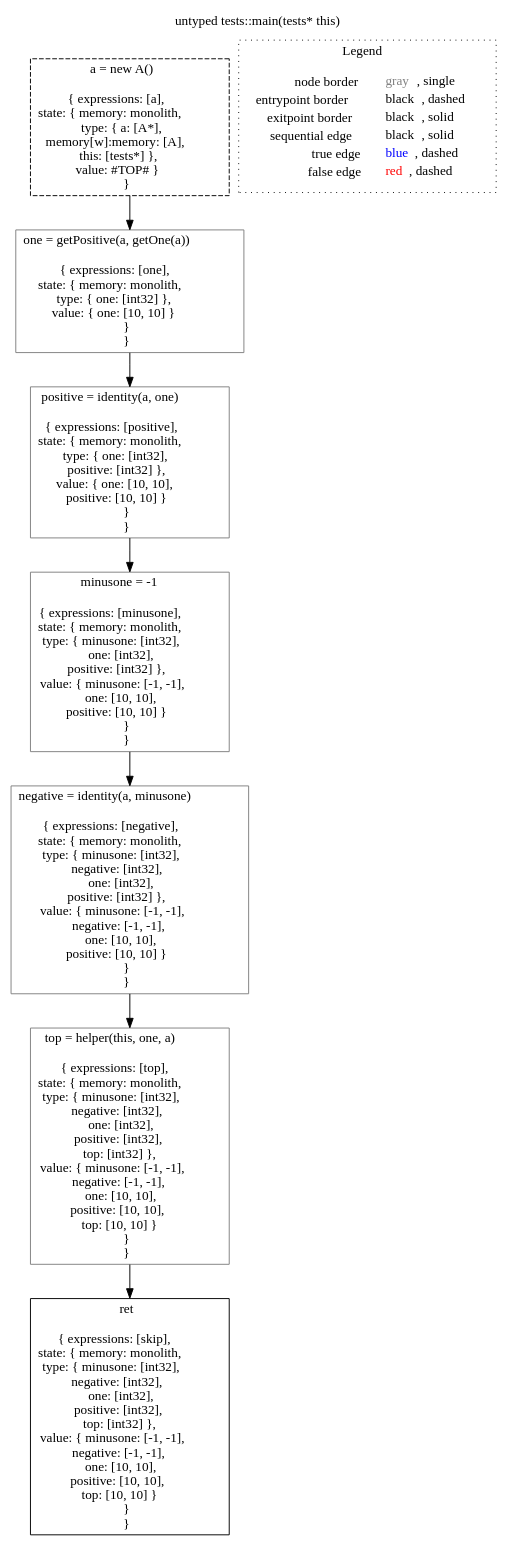
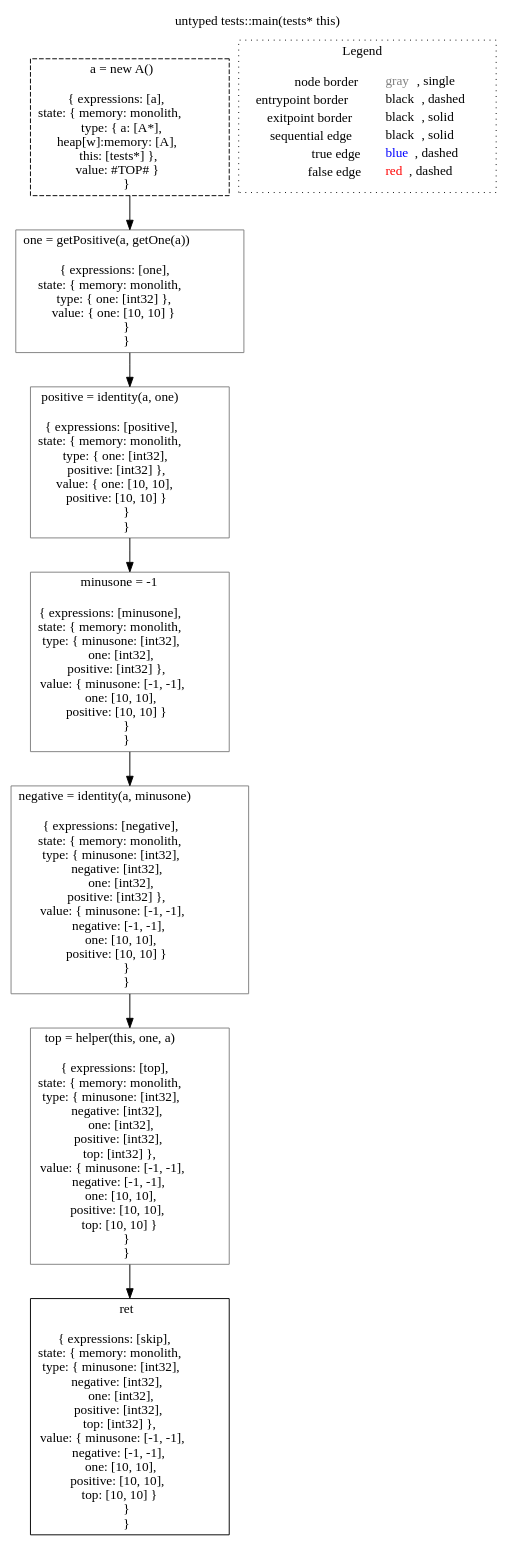
One commit to lisa-analyzer/lisa changed the diagram in lisa/lisa-analyses/imp-testcases/visualization/dot/untyped_tests.main(tests__this).dot. Above: the diagram before and after it, drawn with Graphviz. The commit also changed 179 other files, not shown here.

First line of the commit message:
Update MemoryLocation toString adding isHeap #127

```diff
--- a/lisa/lisa-analyses/imp-testcases/visualization/dot/untyped_tests.main(tests__this).dot
+++ b/lisa/lisa-analyses/imp-testcases/visualization/dot/untyped_tests.main(tests__this).dot
@@ -1,22 +1,22 @@
 digraph "untyped tests::main(tests* this)" {
 edge ["dir"="forward"]
 graph ["label"="untyped tests::main(tests* this)","labelloc"="t"]
-"node0" ["label"=<a = new A()<br/><br/>{ expressions: [a],<br/>state: { memory: monolith,<br/>type: { a: [A*],<br/>memory[w]:memory: [A],<br/>this: [tests*] },<br/>value: #TOP# }<br/> }<br/>>,"shape"="rect","id"="node0","color"="black","style"="dashed"]
+"node0" ["label"=<a = new A()<br/><br/>{ expressions: [a],<br/>state: { memory: monolith,<br/>type: { a: [A*],<br/>heap[w]:memory: [A],<br/>this: [tests*] },<br/>value: #TOP# }<br/> }<br/>>,"shape"="rect","id"="node0","color"="black","style"="dashed"]
 "node3" ["label"=<one = getPositive(a, getOne(a))<br/><br/>{ expressions: [one],<br/>state: { memory: monolith,<br/>type: { one: [int32] },<br/>value: { one: [10, 10] }<br/> }<br/> }<br/>>,"shape"="rect","id"="node3","color"="gray"]
 "node9" ["label"=<positive = identity(a, one)<br/><br/>{ expressions: [positive],<br/>state: { memory: monolith,<br/>type: { one: [int32],<br/>positive: [int32] },<br/>value: { one: [10, 10],<br/>positive: [10, 10] }<br/> }<br/> }<br/>>,"shape"="rect","id"="node9","color"="gray"]
 "node14" ["label"=<minusone = -1<br/><br/>{ expressions: [minusone],<br/>state: { memory: monolith,<br/>type: { minusone: [int32],<br/>one: [int32],<br/>positive: [int32] },<br/>value: { minusone: [-1, -1],<br/>one: [10, 10],<br/>positive: [10, 10] }<br/> }<br/> }<br/>>,"shape"="rect","id"="node14","color"="gray"]
 "node17" ["label"=<negative = identity(a, minusone)<br/><br/>{ expressions: [negative],<br/>state: { memory: monolith,<br/>type: { minusone: [int32],<br/>negative: [int32],<br/>one: [int32],<br/>positive: [int32] },<br/>value: { minusone: [-1, -1],<br/>negative: [-1, -1],<br/>one: [10, 10],<br/>positive: [10, 10] }<br/> }<br/> }<br/>>,"shape"="rect","id"="node17","color"="gray"]
 "node22" ["label"=<top = helper(this, one, a)<br/><br/>{ expressions: [top],<br/>state: { memory: monolith,<br/>type: { minusone: [int32],<br/>negative: [int32],<br/>one: [int32],<br/>positive: [int32],<br/>top: [int32] },<br/>value: { minusone: [-1, -1],<br/>negative: [-1, -1],<br/>one: [10, 10],<br/>positive: [10, 10],<br/>top: [10, 10] }<br/> }<br/> }<br/>>,"shape"="rect","id"="node22","color"="gray"]
 "node28" ["label"=<ret<br/><br/>{ expressions: [skip],<br/>state: { memory: monolith,<br/>type: { minusone: [int32],<br/>negative: [int32],<br/>one: [int32],<br/>positive: [int32],<br/>top: [int32] },<br/>value: { minusone: [-1, -1],<br/>negative: [-1, -1],<br/>one: [10, 10],<br/>positive: [10, 10],<br/>top: [10, 10] }<br/> }<br/> }<br/>>,"shape"="rect","id"="node28","color"="black"]
 subgraph "cluster_legend" {
 edge ["dir"="none"]
 graph ["label"=<Legend>,"style"="dotted"]
 "legend" ["label"=<<table border="0" cellpadding="2" cellspacing="0" cellborder="0"><tr><td align="right">node border&nbsp;</td><td align="left"><font color="gray">gray</font>, single</td></tr><tr><td align="right">entrypoint border&nbsp;</td><td align="left"><font color="black">black</font>, dashed</td></tr><tr><td align="right">exitpoint border&nbsp;</td><td align="left"><font color="black">black</font>, solid</td></tr><tr><td align="right">sequential edge&nbsp;</td><td align="left"><font color="black">black</font>, solid</td></tr><tr><td align="right">true edge&nbsp;</td><td align="left"><font color="blue">blue</font>, dashed</td></tr><tr><td align="right">false edge&nbsp;</td><td align="left"><font color="red">red</font>, dashed</td></tr></table>>,"shape"="none"]
 }
 "node0" -> "node3" ["color"="black"]
 "node3" -> "node9" ["color"="black"]
 "node9" -> "node14" ["color"="black"]
 "node14" -> "node17" ["color"="black"]
 "node17" -> "node22" ["color"="black"]
 "node22" -> "node28" ["color"="black"]
 }
```
